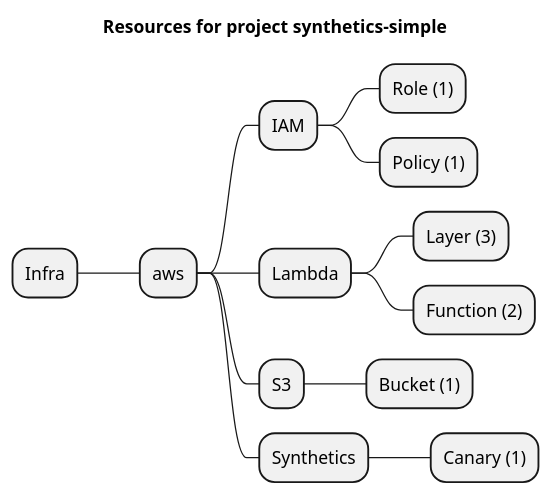
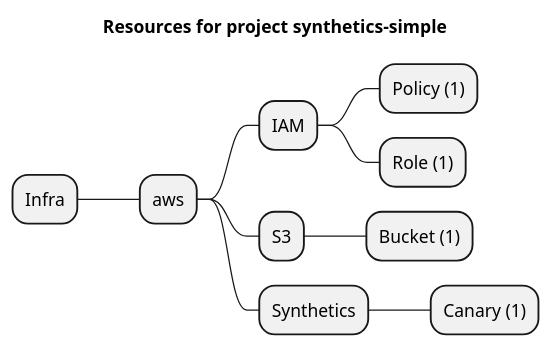
Before and after one commit to grucloud/grucloud: the diagram in examples/aws/Synthetics/synthetics-simple/artifacts/resources-mindmap.puml, drawn with PlantUML. The commit also changed 28 other files, not shown here.

```diff
--- a/examples/aws/Synthetics/synthetics-simple/artifacts/resources-mindmap.puml
+++ b/examples/aws/Synthetics/synthetics-simple/artifacts/resources-mindmap.puml
@@ -1,16 +1,13 @@
 @startmindmap
 title Resources for project synthetics-simple
 skinparam monochrome true
 + Infra
 ++ aws
 +++ IAM
+++++ Policy (1)
 ++++ Role (1)
-++++ Policy (1)
-+++ Lambda
-++++ Layer (3)
-++++ Function (2)
 +++ S3
 ++++ Bucket (1)
 +++ Synthetics
 ++++ Canary (1)
 @endmindmap
```
